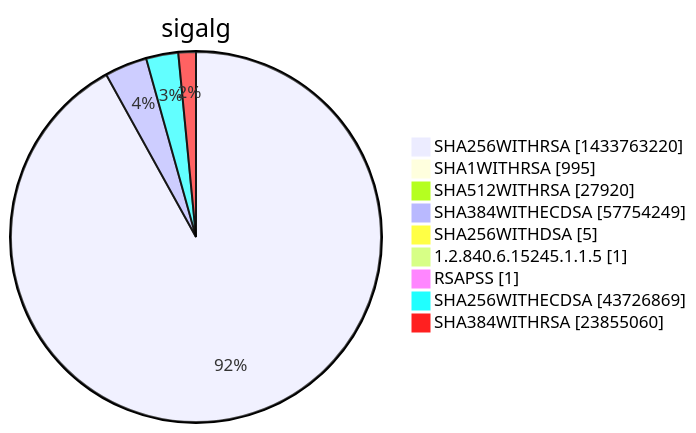
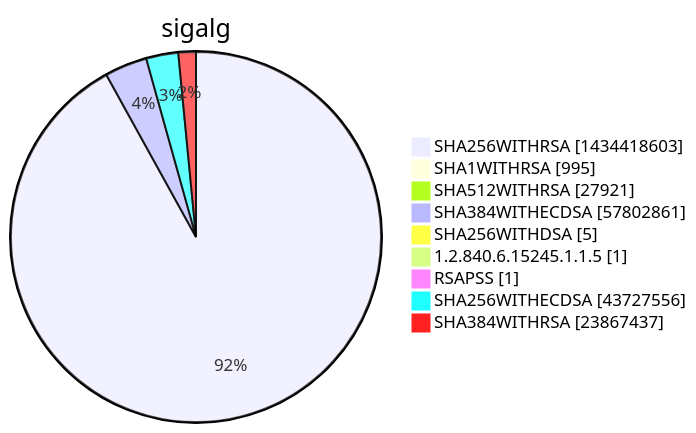
Before and after one commit to christiankrug/ctmonitor_visualization: diagram 15 of 15 in xenon2022/README.md, drawn with Mermaid. The commit also changed other lines of this file, not shown here.

````diff
--- a/xenon2022/README.md
+++ b/xenon2022/README.md
@@ -5861,13 +5861,13 @@
 ```mermaid
 pie showData
 title sigalg
-"SHA256WITHRSA" :1433763220
+"SHA256WITHRSA" :1434418603
 "SHA1WITHRSA" :995
-"SHA512WITHRSA" :27920
-"SHA384WITHECDSA" :57754249
+"SHA512WITHRSA" :27921
+"SHA384WITHECDSA" :57802861
 "SHA256WITHDSA" :5
 "1.2.840.6.15245.1.1.5" :1
 "RSAPSS" :1
-"SHA256WITHECDSA" :43726869
-"SHA384WITHRSA" :23855060
+"SHA256WITHECDSA" :43727556
+"SHA384WITHRSA" :23867437
 ```
````
